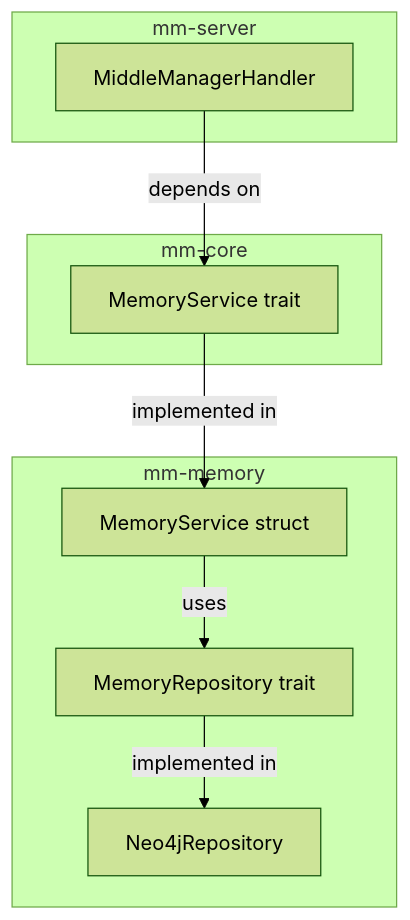
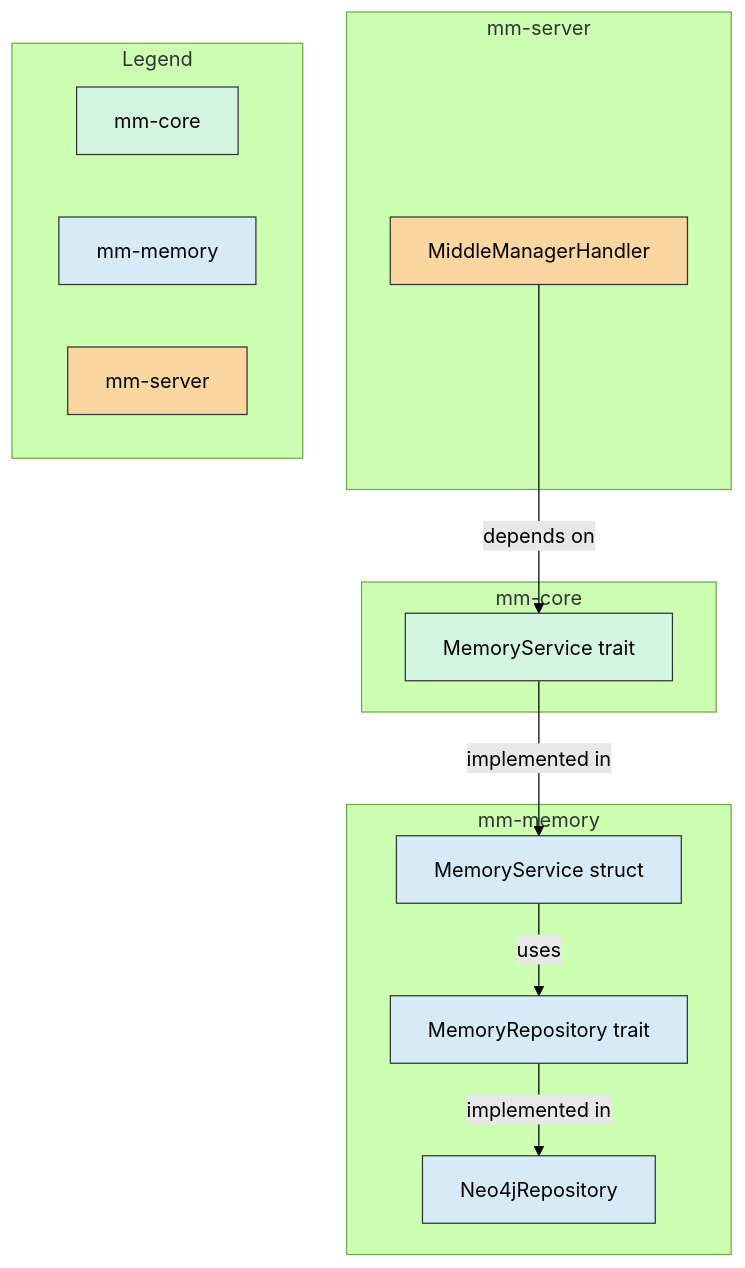
One commit to andoriyu/middle-manager changed the second of 2 diagrams in README.md. Above: the diagram before and after it, drawn with Mermaid (forest theme).

Commit message:
docs: color code ports diagram

````diff
--- a/README.md
+++ b/README.md
@@ -193,25 +193,47 @@
 ```mermaid
 graph TD
+    %% Color legend for crates
+    classDef mm-core fill:#D5F5E3,stroke:#333;
+    classDef mm-memory fill:#D6EAF8,stroke:#333;
+    classDef mm-server fill:#FAD7A0,stroke:#333;
+
     %% Ports defined in mm-core
     subgraph "mm-core"
         core_service_trait["MemoryService trait"]
     end
 
     %% Ports and adapters in mm-memory
     subgraph "mm-memory"
         repository_trait["MemoryRepository trait"]
         memory_service_impl["MemoryService struct"]
         neo4j_repo["Neo4jRepository"]
     end
 
     %% Adapter in mm-server
     subgraph "mm-server"
         server_handler["MiddleManagerHandler"]
     end
 
     %% Relationships with labels
     server_handler --"depends on"--> core_service_trait
     core_service_trait --"implemented in"--> memory_service_impl
     memory_service_impl --"uses"--> repository_trait
     repository_trait --"implemented in"--> neo4j_repo
+
+    %% Apply crate colors
+    class core_service_trait mm-core;
+    class repository_trait mm-memory;
+    class memory_service_impl mm-memory;
+    class neo4j_repo mm-memory;
+    class server_handler mm-server;
+
+    %% Legend showing colors for crates
+    subgraph "Legend"
+        legend_core["mm-core"]
+        legend_memory["mm-memory"]
+        legend_server["mm-server"]
+    end
+    class legend_core mm-core;
+    class legend_memory mm-memory;
+    class legend_server mm-server;
 ```
````
